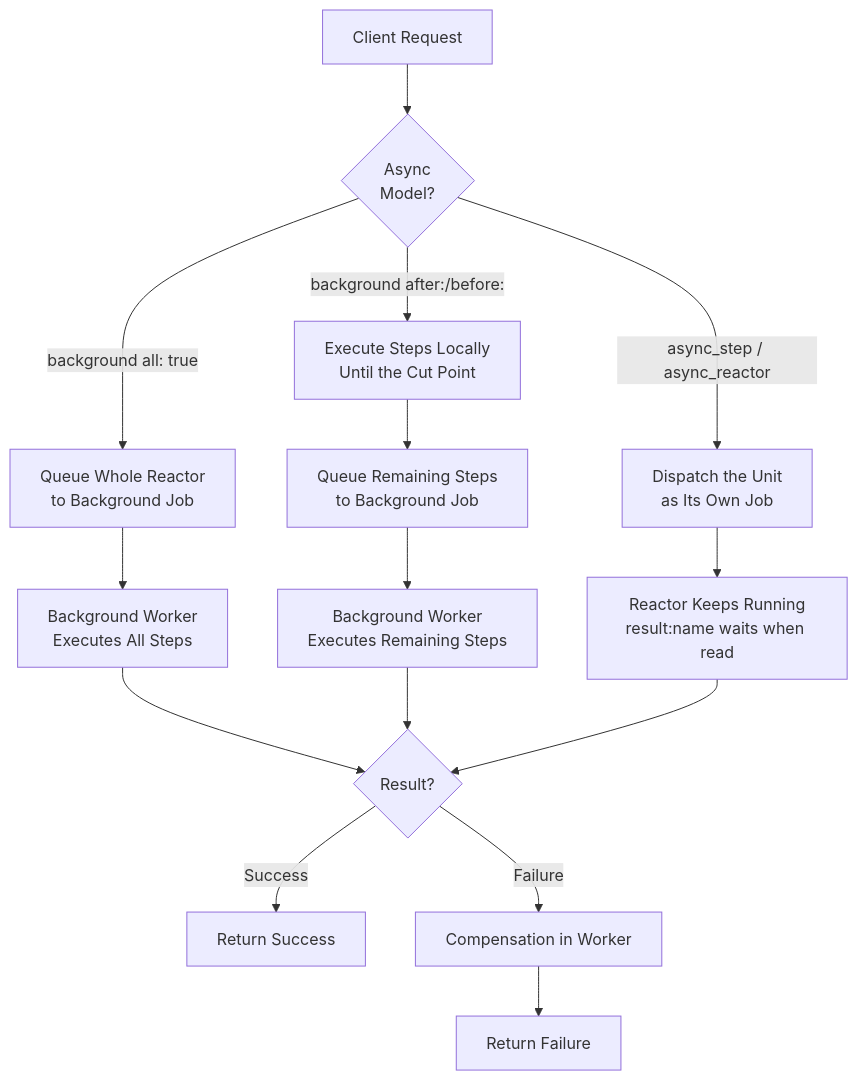
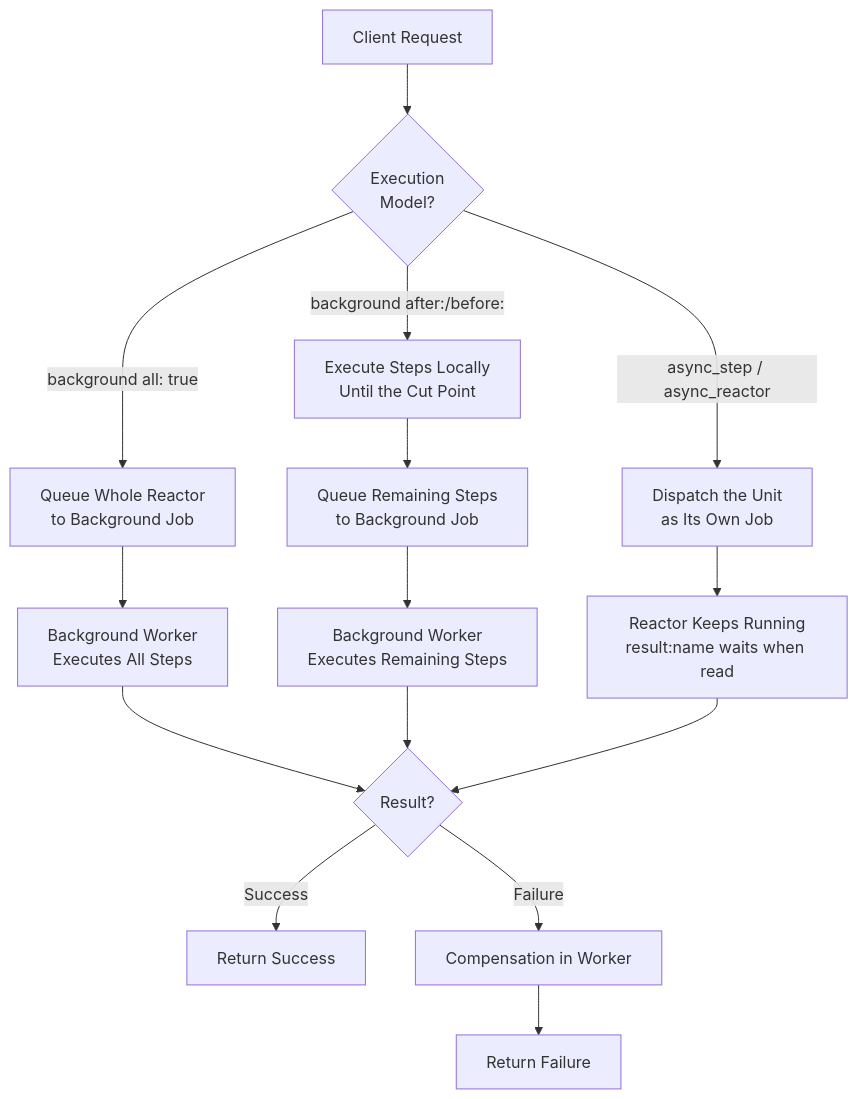
One commit to arturictus/ruby_reactor changed the second of 2 diagrams in documentation/README.md. Above: the diagram before and after it, drawn with Mermaid. The commit also changed other lines of this file and 37 other files, not shown here.

````diff
--- a/documentation/README.md
+++ b/documentation/README.md
@@ -108,17 +111,17 @@
 ```mermaid
 graph TD
-    A[Client Request] --> B{Async<br/>Model?}
+    A[Client Request] --> B{Execution<br/>Model?}
     B -->|background all: true| C[Queue Whole Reactor<br/>to Background Job]
     B -->|background after:/before:| D[Execute Steps Locally<br/>Until the Cut Point]
     B -->|async_step / async_reactor| L[Dispatch the Unit<br/>as Its Own Job]
     C --> E[Background Worker<br/>Executes All Steps]
     D --> F[Queue Remaining Steps<br/>to Background Job]
     F --> G[Background Worker<br/>Executes Remaining Steps]
     L --> M[Reactor Keeps Running<br/>result:name waits when read]
     E --> H{Result?}
     G --> H
     M --> H
     H -->|Success| I[Return Success]
     H -->|Failure| J[Compensation in Worker]
     J --> K[Return Failure]
 ```
````
